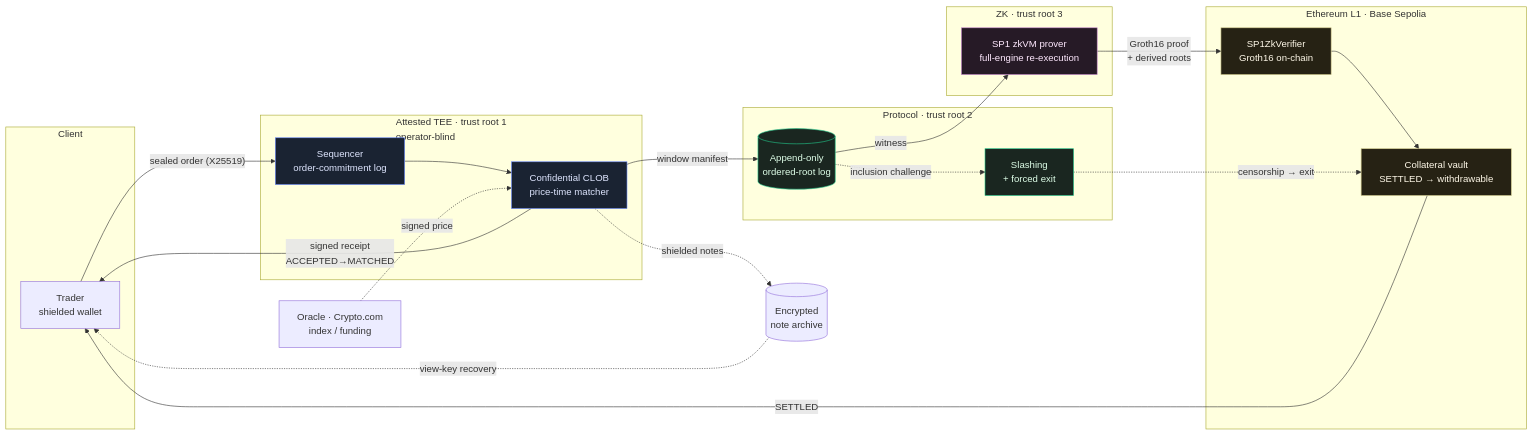
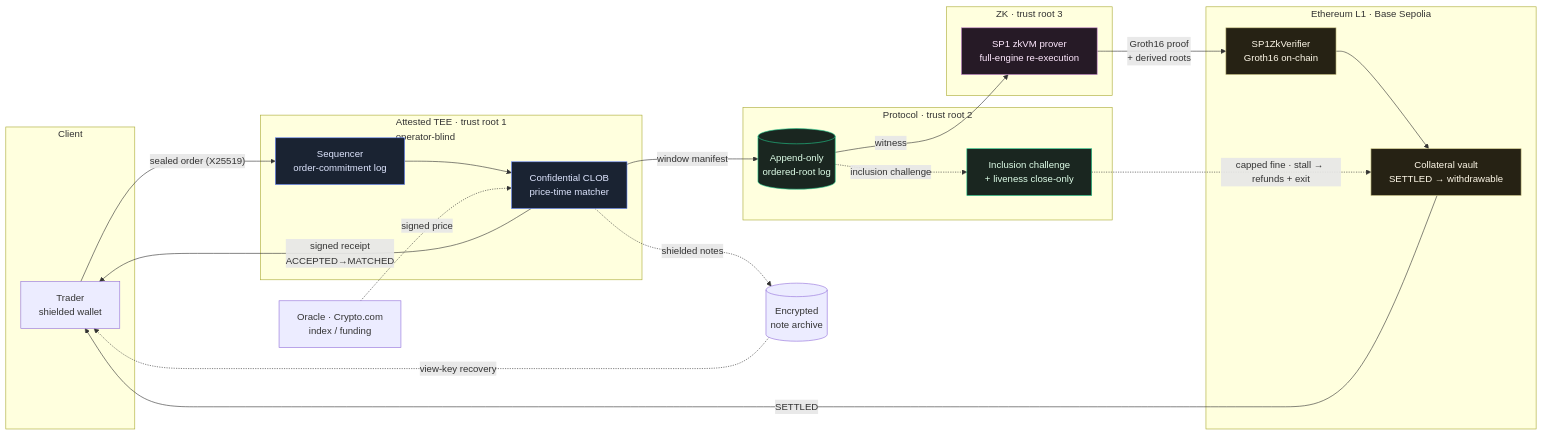
One commit to Arcora-labs/arcora-perp changed the diagram in README.md. Above: the diagram before and after it, drawn with Mermaid. The commit also changed other lines of this file and 110 other files, not shown here.

````diff
--- a/README.md
+++ b/README.md
@@ -68,49 +68,49 @@
 ```mermaid
 flowchart LR
     subgraph CLIENT["Client"]
         U["Trader<br/>shielded wallet"]
     end
 
     subgraph TEE["Attested TEE · trust root 1<br/>operator-blind"]
         SEQ["Sequencer<br/>order-commitment log"]
         MAT["Confidential CLOB<br/>price-time matcher"]
         SEQ --> MAT
     end
 
     subgraph PROTO["Protocol · trust root 2"]
         LOG[("Append-only<br/>ordered-root log")]
-        SLASH["Slashing<br/>+ forced exit"]
+        SLASH["Inclusion challenge<br/>+ liveness close-only"]
     end
 
     subgraph ZK["ZK · trust root 3"]
         PRV["SP1 zkVM prover<br/>full-engine re-execution"]
     end
 
     subgraph L1["Ethereum L1 · Base Sepolia"]
         VER["SP1ZkVerifier<br/>Groth16 on-chain"]
         VAULT["Collateral vault<br/>SETTLED → withdrawable"]
         VER --> VAULT
     end
 
     U -->|"sealed order (X25519)"| SEQ
     MAT -->|"signed receipt<br/>ACCEPTED→MATCHED"| U
     MAT -->|"window manifest"| LOG
     LOG -->|"witness"| PRV
     PRV -->|"Groth16 proof<br/>+ derived roots"| VER
     VAULT -->|"SETTLED"| U
 
     ORC["Oracle · Crypto.com<br/>index / funding"] -.->|"signed price"| MAT
     LOG -.->|"inclusion challenge"| SLASH
-    SLASH -.->|"censorship → exit"| VAULT
+    SLASH -.->|"capped fine · stall → refunds + exit"| VAULT
     ARC[("Encrypted<br/>note archive")] -.->|"view-key recovery"| U
     MAT -.->|"shielded notes"| ARC
 
     classDef tee fill:#1a2332,stroke:#6c8cff,color:#dfe6ff;
     classDef proto fill:#1a2620,stroke:#22c98b,color:#dfffe9;
     classDef zk fill:#261a26,stroke:#c98bd0,color:#ffe9ff;
     classDef l1 fill:#262214,stroke:#d0c98b,color:#fff9e9;
     class SEQ,MAT tee;
     class LOG,SLASH proto;
     class PRV zk;
     class VER,VAULT l1;
 ```
````
